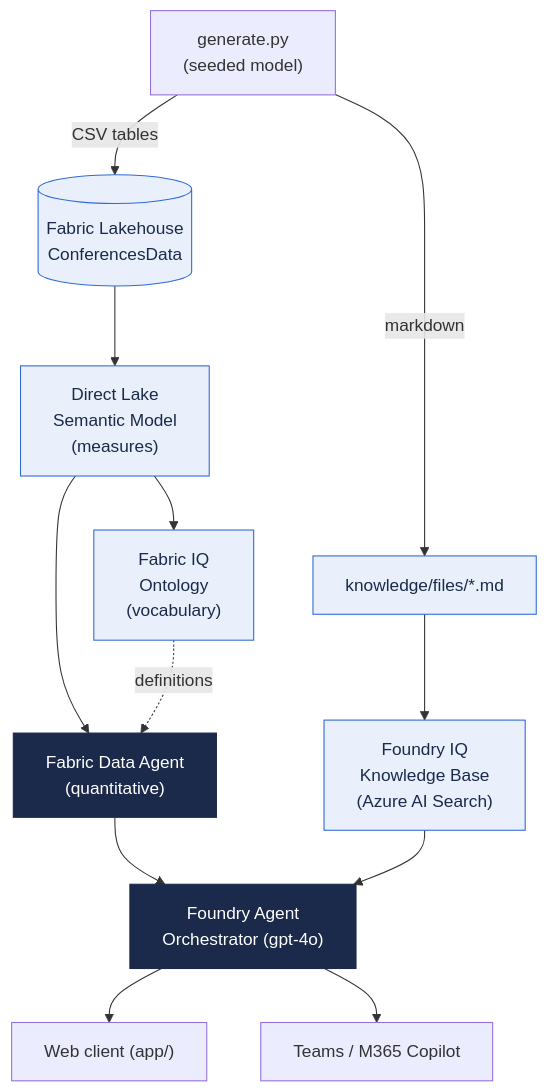
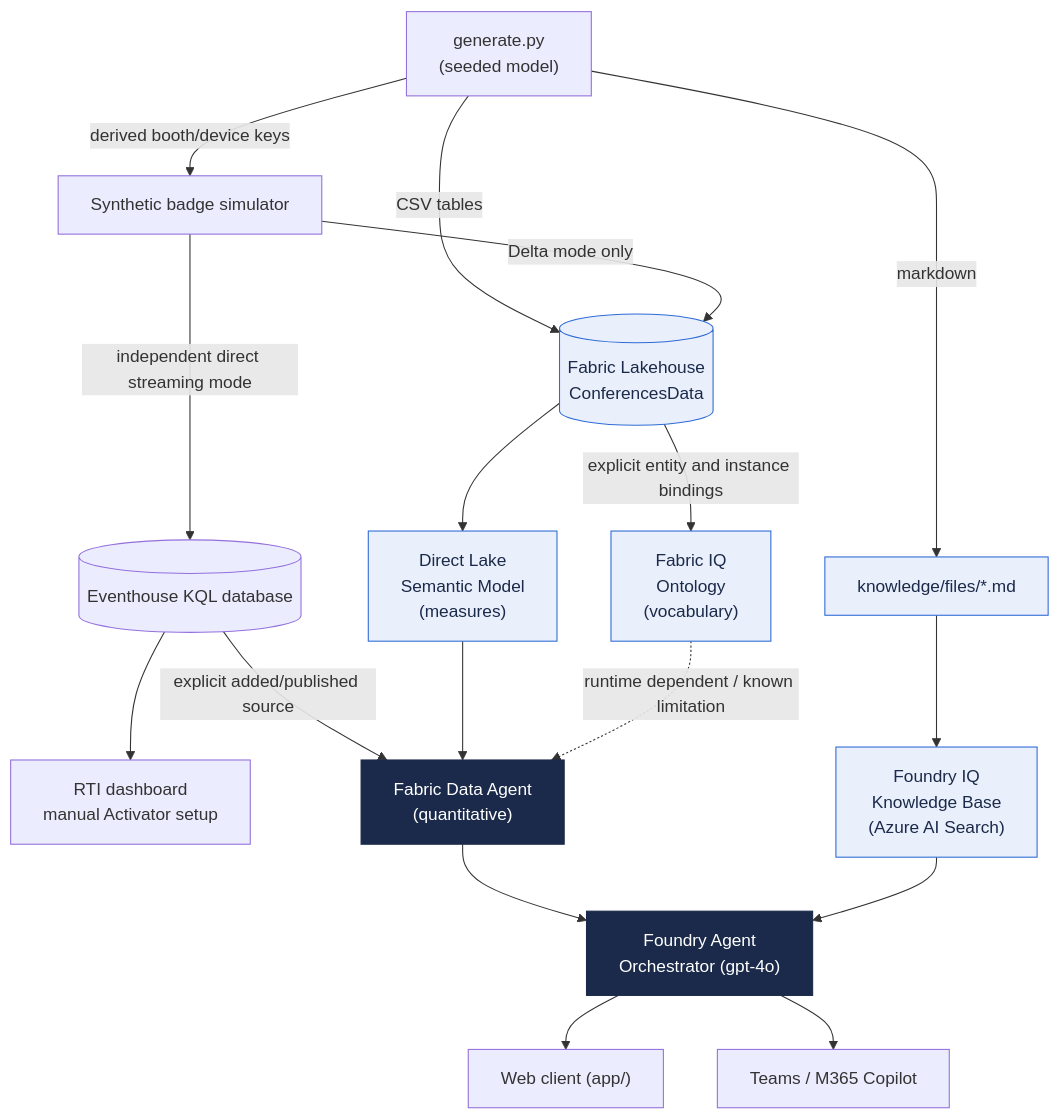
The diagram in docs/ARCHITECTURE.md (temalo/MicrosoftIQ), drawn with Mermaid before and after one commit. The commit also changed other lines of this file and 27 other files, not shown here.

First line of the commit message:
Add reproducible badge-scan RTI demo and metadata grounding probe

````diff
--- a/docs/ARCHITECTURE.md
+++ b/docs/ARCHITECTURE.md
@@ -7,23 +7,28 @@
 ```mermaid
 flowchart TD
     GEN["generate.py<br/>(seeded model)"] -->|CSV tables| LH[("Fabric Lakehouse<br/>ConferencesData")]
     GEN -->|markdown| KBSRC["knowledge/files/*.md"]
+    GEN -->|derived booth/device keys| SIM["Synthetic badge simulator"]
+    SIM -->|Delta mode only| LH
+    SIM -->|independent direct streaming mode| KQL[("Eventhouse KQL database")]
+    KQL --> DASH["RTI dashboard<br/>manual Activator setup"]
+    KQL -->|explicit added/published source| FDA
 
     LH --> SM["Direct Lake<br/>Semantic Model<br/>(measures)"]
-    SM --> ONT["Fabric IQ<br/>Ontology<br/>(vocabulary)"]
+    LH -->|explicit entity and instance bindings| ONT["Fabric IQ<br/>Ontology<br/>(vocabulary)"]
     SM --> FDA["Fabric Data Agent<br/>(quantitative)"]
-    ONT -.definitions.-> FDA
+    ONT -.runtime dependent / known limitation.-> FDA
 
     KBSRC --> FIQ["Foundry IQ<br/>Knowledge Base<br/>(Azure AI Search)"]
 
     FDA --> ORCH["Foundry Agent<br/>Orchestrator (gpt-4o)"]
     FIQ --> ORCH
 
     ORCH --> APP["Web client (app/)"]
     ORCH --> TEAMS["Teams / M365 Copilot"]
 
     classDef data fill:#e9f0fb,stroke:#2f6bd6,color:#1b2a4a;
     classDef agent fill:#1b2a4a,stroke:#1b2a4a,color:#ffffff;
     class LH,SM,ONT,KBSRC,FIQ data;
     class FDA,ORCH agent;
 ```
````
